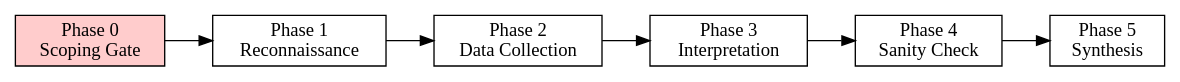
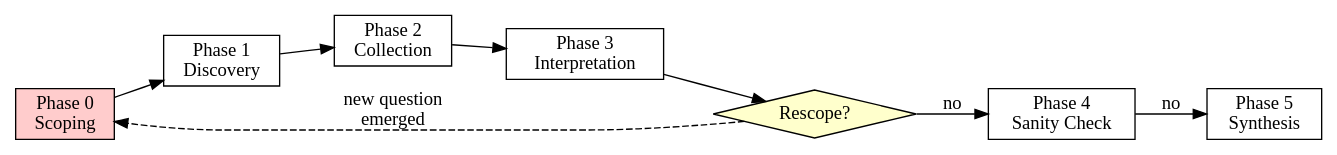
One commit to Omnis-Labs/defi-onchain-analytics changed the diagram in SKILL.md. Above: the diagram before and after it, drawn with Graphviz. The commit also changed other lines of this file and 7 other files, not shown here.

````diff
--- a/SKILL.md
+++ b/SKILL.md
@@ -28,12 +30,15 @@
 ```dot
 digraph phases {
   rankdir=LR;
-  P0 [label="Phase 0\nScoping Gate" shape=box style=filled fillcolor="#ffcccc"];
-  P1 [label="Phase 1\nReconnaissance" shape=box];
-  P2 [label="Phase 2\nData Collection" shape=box];
+  P0 [label="Phase 0\nScoping" shape=box style=filled fillcolor="#ffcccc"];
+  P1 [label="Phase 1\nDiscovery" shape=box];
+  P2 [label="Phase 2\nCollection" shape=box];
   P3 [label="Phase 3\nInterpretation" shape=box];
   P4 [label="Phase 4\nSanity Check" shape=box];
   P5 [label="Phase 5\nSynthesis" shape=box];
-  P0 -> P1 -> P2 -> P3 -> P4 -> P5;
+  Rescope [label="Rescope?" shape=diamond style=filled fillcolor="#ffffcc"];
+  P0 -> P1 -> P2 -> P3 -> Rescope;
+  Rescope -> P0 [label="new question\nemerged" style=dashed];
+  Rescope -> P4 -> P5 [label="no"];
 }
 ```
````
